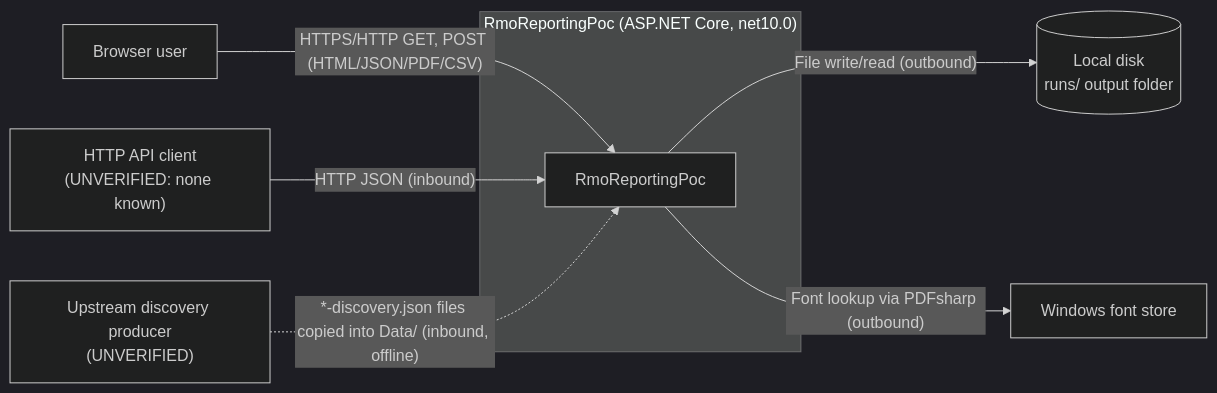
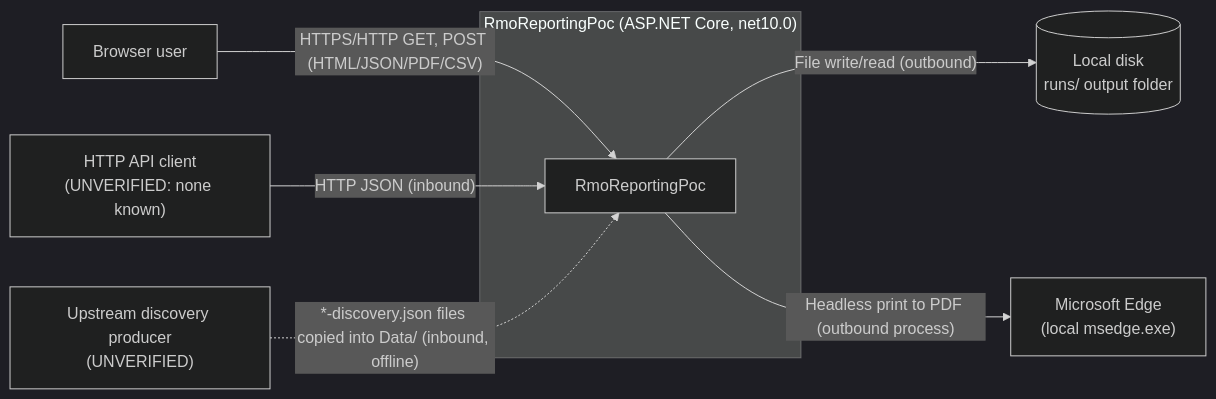
Before and after one commit to joekaras/jak: the first of 2 diagrams in rmo/poc/docs/architecture/SYSTEM_MAP.md, drawn with Mermaid (dark theme). The commit also changed other lines of this file and 3 other files, not shown here.

First line of the commit message:
Drop MigraDoc and font setup; update docs for Edge-printed PDFs

````diff
--- a/rmo/poc/docs/architecture/SYSTEM_MAP.md
+++ b/rmo/poc/docs/architecture/SYSTEM_MAP.md
@@ -10,17 +10,17 @@
 ```mermaid
 flowchart LR
     user["Browser user"]
     client["HTTP API client<br/>(UNVERIFIED: none known)"]
     upstream["Upstream discovery producer<br/>(UNVERIFIED)"]
     subgraph target["RmoReportingPoc (ASP.NET Core, net10.0)"]
         app["RmoReportingPoc"]
     end
     fs[("Local disk<br/>runs/ output folder")]
-    fonts["Windows font store"]
+    edge["Microsoft Edge<br/>(local msedge.exe)"]
 
     user -- "HTTPS/HTTP GET, POST (HTML/JSON/PDF/CSV)" --> app
     client -- "HTTP JSON (inbound)" --> app
     upstream -. "*-discovery.json files copied into Data/ (inbound, offline)" .-> app
     app -- "File write/read (outbound)" --> fs
-    app -- "Font lookup via PDFsharp (outbound)" --> fonts
+    app -- "Headless print to PDF (outbound process)" --> edge
 ```
````
